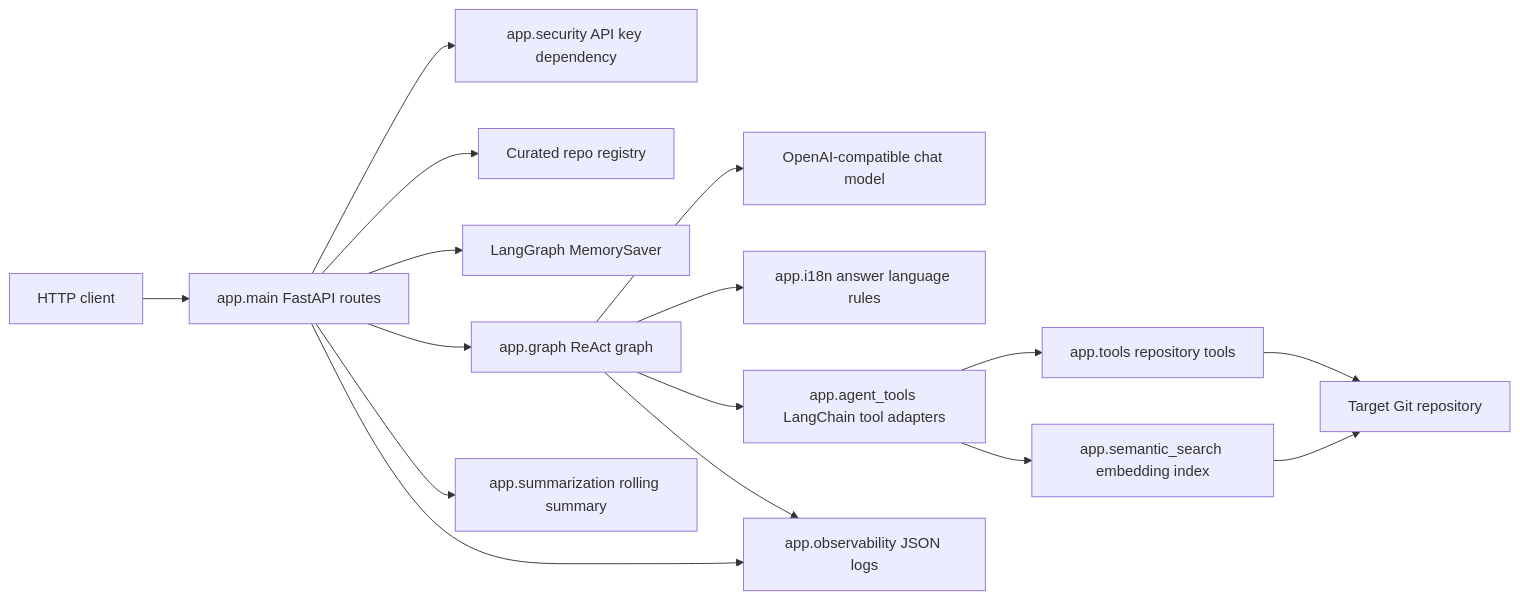
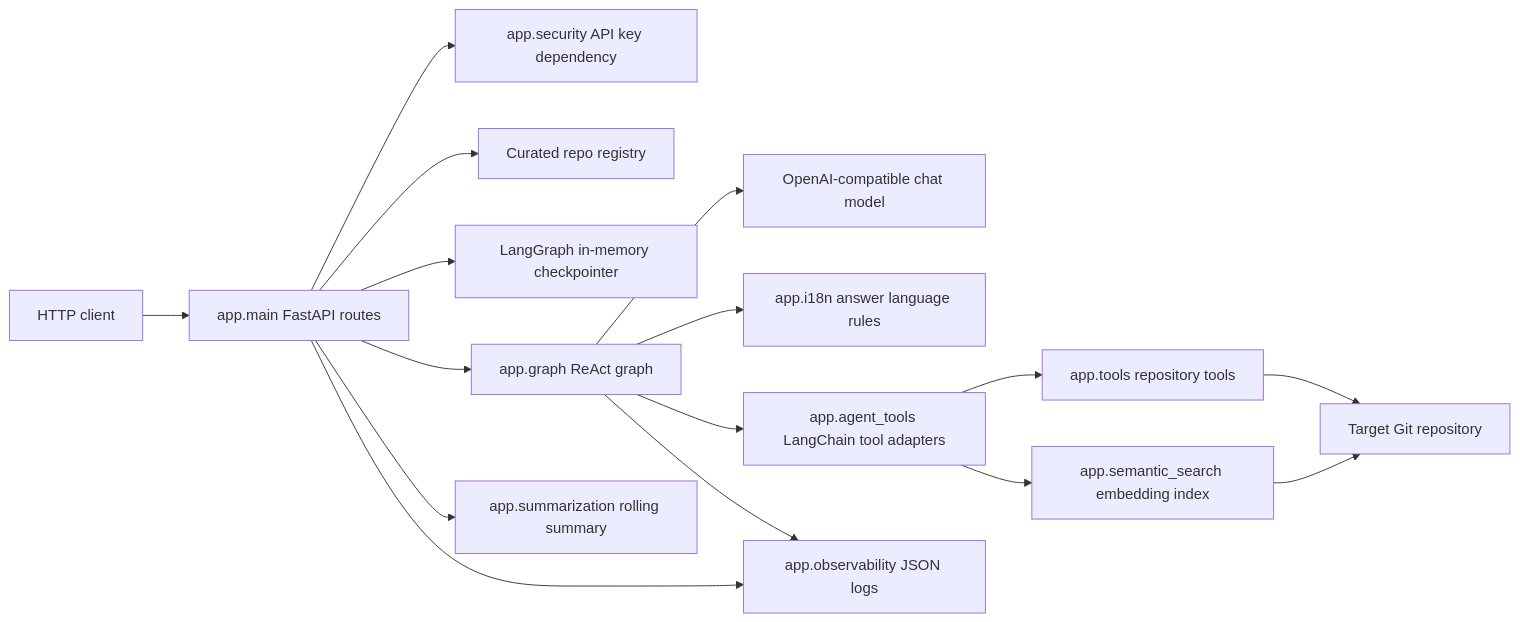
One commit to Brunotlps/overture changed the first of 3 diagrams in docs/architecture.md. Above: the diagram before and after it, drawn with Mermaid. The commit also changed other lines of this file and 9 other files, not shown here.

````diff
--- a/docs/architecture.md
+++ b/docs/architecture.md
@@ -11,33 +11,33 @@
 ```mermaid
 flowchart LR
     Client[HTTP client]
     FastAPI[app.main FastAPI routes]
     Security[app.security API key dependency]
     Graph[app.graph ReAct graph]
     LLM[OpenAI-compatible chat model]
     AgentTools[app.agent_tools LangChain tool adapters]
     I18n[app.i18n answer language rules]
     RepoTools[app.tools repository tools]
     Semantic[app.semantic_search embedding index]
     Summary[app.summarization rolling summary]
     Repo[Target Git repository]
-    Memory[LangGraph MemorySaver]
+    Memory[LangGraph in-memory checkpointer]
     Logs[app.observability JSON logs]
     Registry[Curated repo registry]
 
     Client --> FastAPI
     FastAPI --> Security
     FastAPI --> Registry
     FastAPI --> Memory
     FastAPI --> Graph
     Graph --> LLM
     Graph --> I18n
     Graph --> AgentTools
     AgentTools --> RepoTools
     AgentTools --> Semantic
     RepoTools --> Repo
     Semantic --> Repo
     FastAPI --> Summary
     FastAPI --> Logs
     Graph --> Logs
 ```
````
